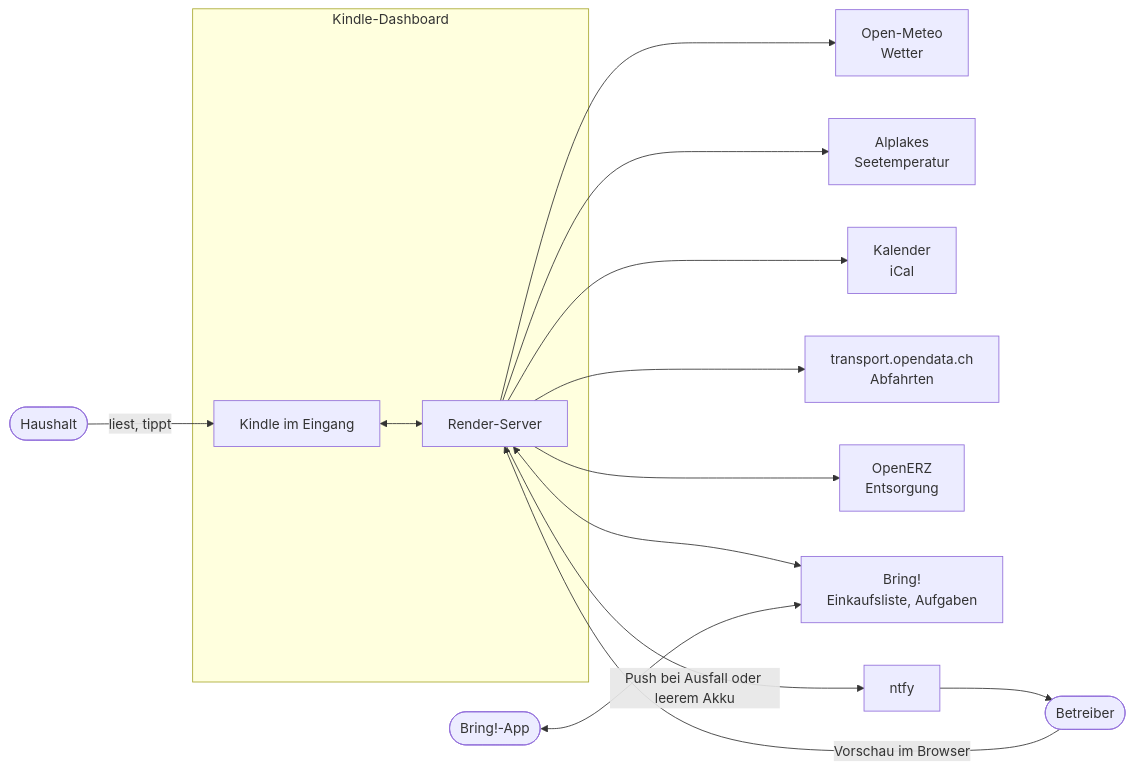
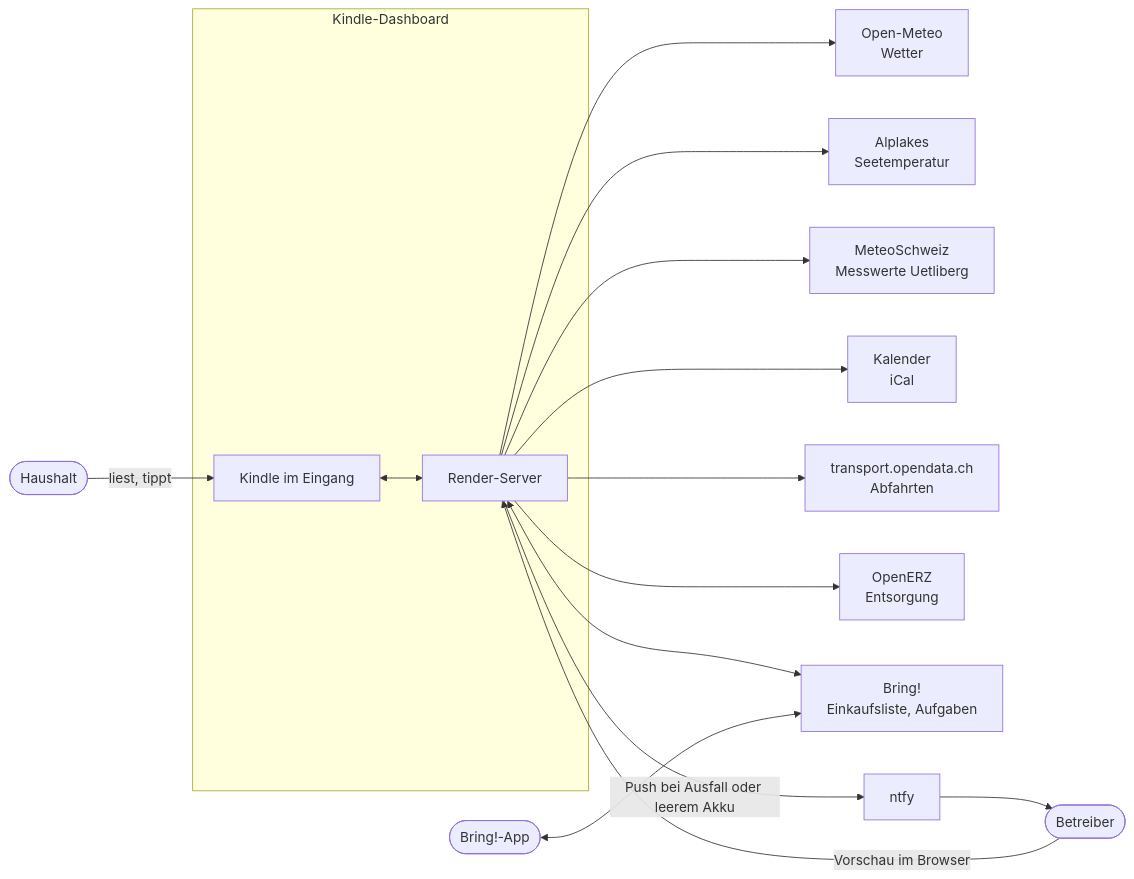
Before and after one commit to pfederi/kindle-dashboard: the first of 10 diagrams in docs/architektur/arc42.md, drawn with Mermaid. The commit also changed other lines of this file and 11 other files, not shown here.

Commit message:
«Uetliberg sonnig · über dem Nebel» aus den Messwerten von MeteoSchweiz

````diff
--- a/docs/architektur/arc42.md
+++ b/docs/architektur/arc42.md
@@ -86,19 +86,20 @@
 ```mermaid
 flowchart LR
   user([Haushalt])
   subgraph system [Kindle-Dashboard]
     kindle[Kindle im Eingang]
     server[Render-Server]
   end
   user -- liest, tippt --> kindle
   kindle <--> server
   server --> meteo[Open-Meteo<br/>Wetter]
   server --> alplakes[Alplakes<br/>Seetemperatur]
+  server --> smn[MeteoSchweiz<br/>Messwerte Uetliberg]
   server --> ics[Kalender<br/>iCal]
   server --> transport[transport.opendata.ch<br/>Abfahrten]
   server --> erz[OpenERZ<br/>Entsorgung]
   server <--> bring[Bring!<br/>Einkaufsliste, Aufgaben]
   admin([Betreiber]) -- Vorschau im Browser --> server
   bringapp([Bring!-App]) <--> bring
   server -- Push bei Ausfall oder leerem Akku --> ntfy[ntfy] --> admin
 ```
````
